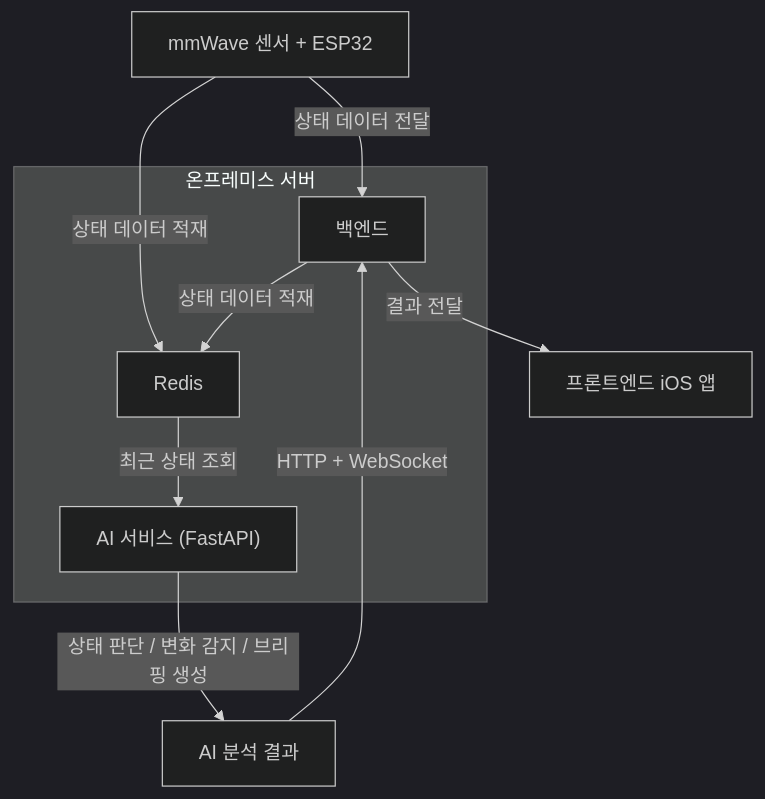
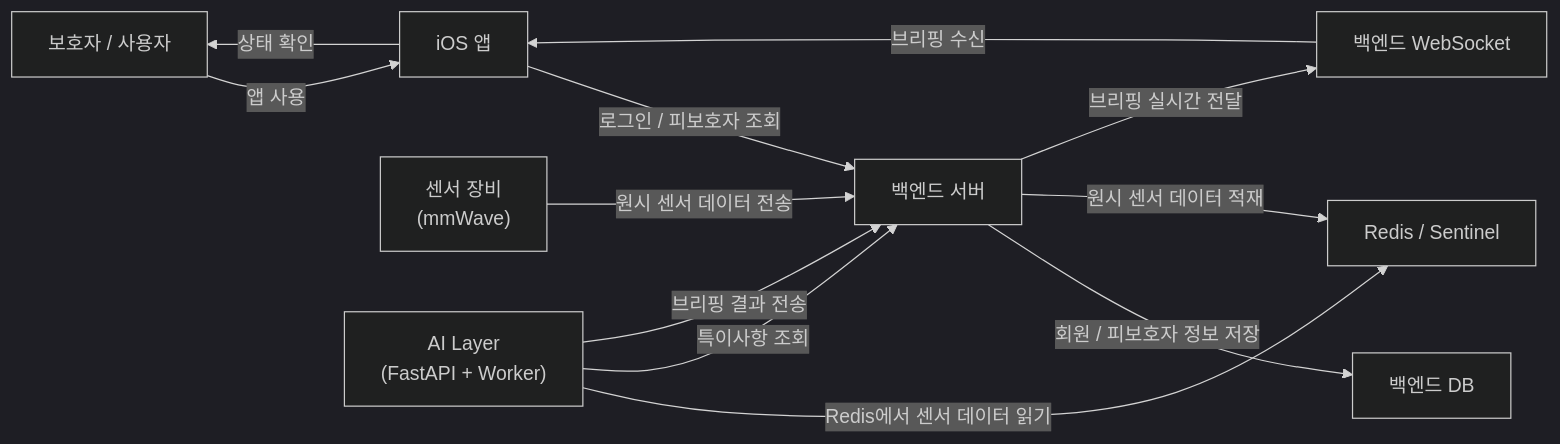
Before and after one commit to caremate-hakk/README: the first of 2 diagrams in README.md, drawn with Mermaid (dark theme). The commit also changed other lines of this file, not shown here.

````diff
--- a/README.md
+++ b/README.md
@@ -113,18 +61,26 @@
 ```mermaid
-flowchart TD
-    A["mmWave 센서 + ESP32"] -->|상태 데이터 전달| B["백엔드"]
-    A -->|상태 데이터 적재| C["Redis"]
-    B -->|상태 데이터 적재| C
+flowchart LR
+    User["보호자 / 사용자"]
+    iOS["iOS 앱"]
+    Backend["백엔드 서버"]
+    DB["백엔드 DB"]
+    WS["백엔드 WebSocket"]
+    Sensor["센서 장비<br/>(mmWave)"]
+    Redis["Redis / Sentinel"]
+    AI["AI Layer<br/>(FastAPI + Worker)"]
 
-    C -->|최근 상태 조회| D["AI 서비스 (FastAPI)"]
-    D -->|상태 판단 / 변화 감지 / 브리핑 생성| E["AI 분석 결과"]
+    User -->|앱 사용| iOS
+    iOS -->|로그인 / 피보호자 조회| Backend
+    Backend -->|회원 / 피보호자 정보 저장| DB
 
-    E -->|HTTP + WebSocket| B
-    B -->|결과 전달| F["프론트엔드 iOS 앱"]
+    Sensor -->|원시 센서 데이터 전송| Backend
+    Backend -->|원시 센서 데이터 적재| Redis
 
-    subgraph G["온프레미스 서버"]
-        B
-        C
-        D
-    end
+    AI -->|Redis에서 센서 데이터 읽기| Redis
+    AI -->|특이사항 조회| Backend
+    AI -->|브리핑 결과 전송| Backend
+
+    Backend -->|브리핑 실시간 전달| WS
+    WS -->|브리핑 수신| iOS
+    iOS -->|상태 확인| User
 ```
````
